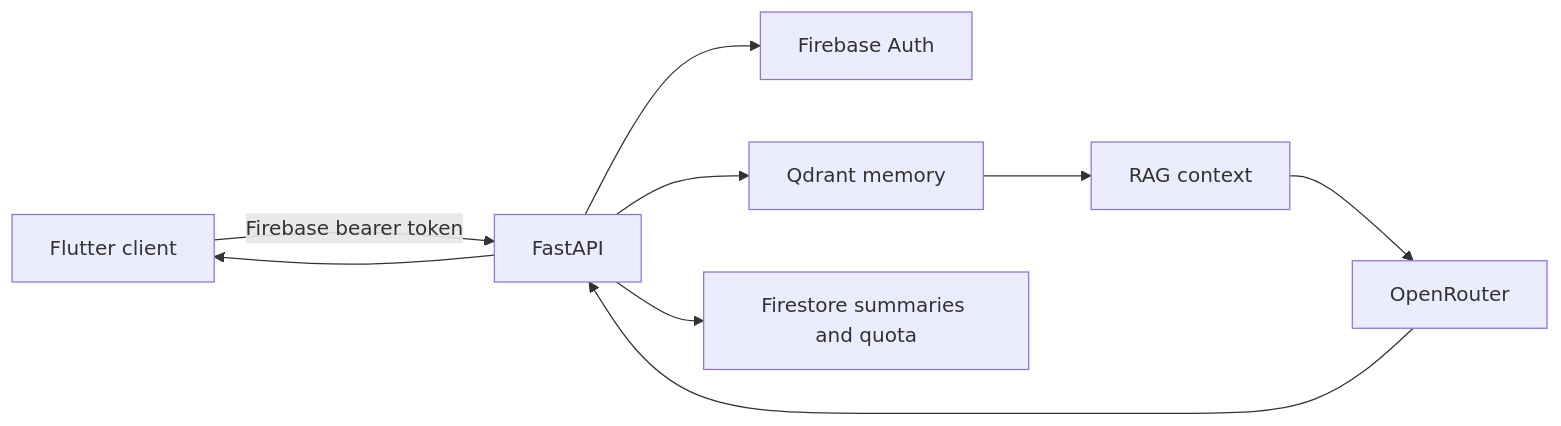
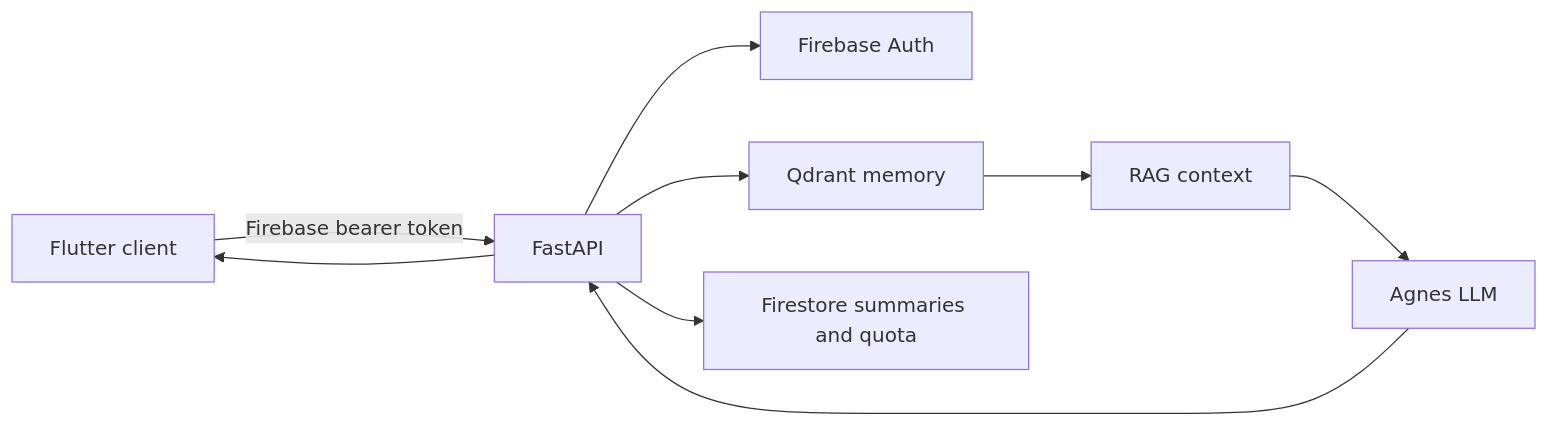
The diagram in README.md (Mosarto/aether_api), drawn with Mermaid before and after one commit. The commit also changed other lines of this file and 3 other files, not shown here.

````diff
--- a/README.md
+++ b/README.md
@@ -20,11 +20,11 @@
 ```mermaid
 flowchart LR
     A["Flutter client"] -->|"Firebase bearer token"| B["FastAPI"]
     B --> C["Firebase Auth"]
     B --> D["Qdrant memory"]
     D --> E["RAG context"]
-    E --> F["OpenRouter"]
+    E --> F["Agnes LLM"]
     F --> B
     B --> G["Firestore summaries and quota"]
     B --> A
 ```
````
